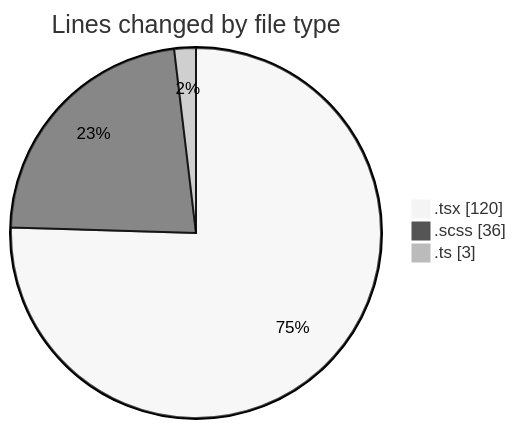
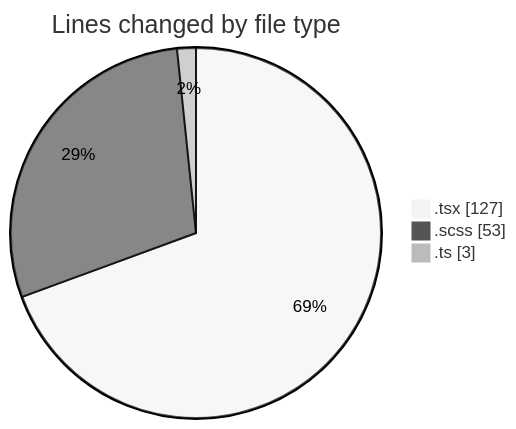
One commit to momahboobian/code-tracking changed the first of 2 diagrams in 2026-10-30/cda/README.md. Above: the diagram before and after it, drawn with Mermaid (neutral theme). The commit also changed other lines of this file and 1 other file, not shown here.

````diff
--- a/2026-10-30/cda/README.md
+++ b/2026-10-30/cda/README.md
@@ -23,7 +24,7 @@
 ```mermaid
 pie showData
 title Lines changed by file type
-".tsx" : 120
-".scss" : 36
+".tsx" : 127
+".scss" : 53
 ".ts" : 3
 ```
````
